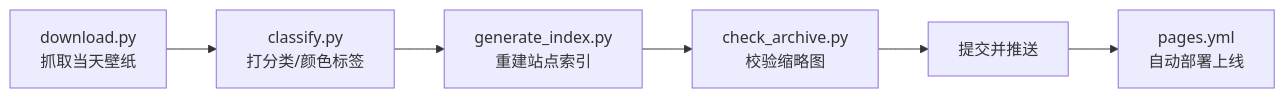
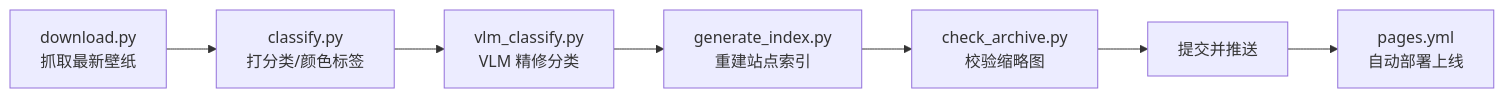
Before and after one commit to ygnstudio/bing_wallpaper_archive: the diagram in README.md, drawn with Mermaid. The commit also changed other lines of this file, not shown here.

Commit message:
docs: README 同步（更新时间 09:00、数据 3820、流程图补 VLM 步骤）

````diff
--- a/README.md
+++ b/README.md
@@ -47,8 +47,9 @@
 ```mermaid
 flowchart LR
-    A[download.py<br>抓取当天壁纸] --> B[classify.py<br>打分类/颜色标签]
-    B --> C[generate_index.py<br>重建站点索引]
+    A[download.py<br>抓取最新壁纸] --> B[classify.py<br>打分类/颜色标签]
+    B --> B2[vlm_classify.py<br>VLM 精修分类]
+    B2 --> C[generate_index.py<br>重建站点索引]
     C --> D[check_archive.py<br>校验缩略图]
     D --> E[提交并推送]
     E --> F[pages.yml<br>自动部署上线]
 ```
````
